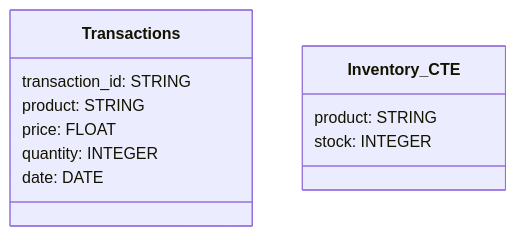
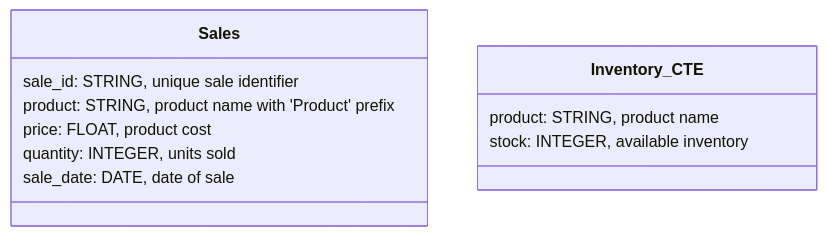
Before and after one commit to wahidyankf/oss: the second of 4 diagrams in apps-standalone/ayokoding-web/content/en/learn/software-engineering/onboardings/hijra-data-engineering/ch27-bigquery-advanced-querying/_index.md, drawn with Mermaid. The commit also changed other lines of this file and 5 other files, not shown here.

````diff
--- a/apps-standalone/ayokoding-web/content/en/learn/software-engineering/onboardings/hijra-data-engineering/ch27-bigquery-advanced-querying/_index.md
+++ b/apps-standalone/ayokoding-web/content/en/learn/software-engineering/onboardings/hijra-data-engineering/ch27-bigquery-advanced-querying/_index.md
@@ -296,14 +298,14 @@
 ```mermaid
 classDiagram
-    class Transactions {
-        transaction_id: STRING
-        product: STRING
-        price: FLOAT
-        quantity: INTEGER
-        date: DATE
+    class Sales {
+        sale_id: STRING, unique sale identifier
+        product: STRING, product name with 'Product' prefix
+        price: FLOAT, product cost
+        quantity: INTEGER, units sold
+        sale_date: DATE, date of sale
     }
     class Inventory_CTE {
-        product: STRING
-        stock: INTEGER
+        product: STRING, product name
+        stock: INTEGER, available inventory
     }
 ```
````
